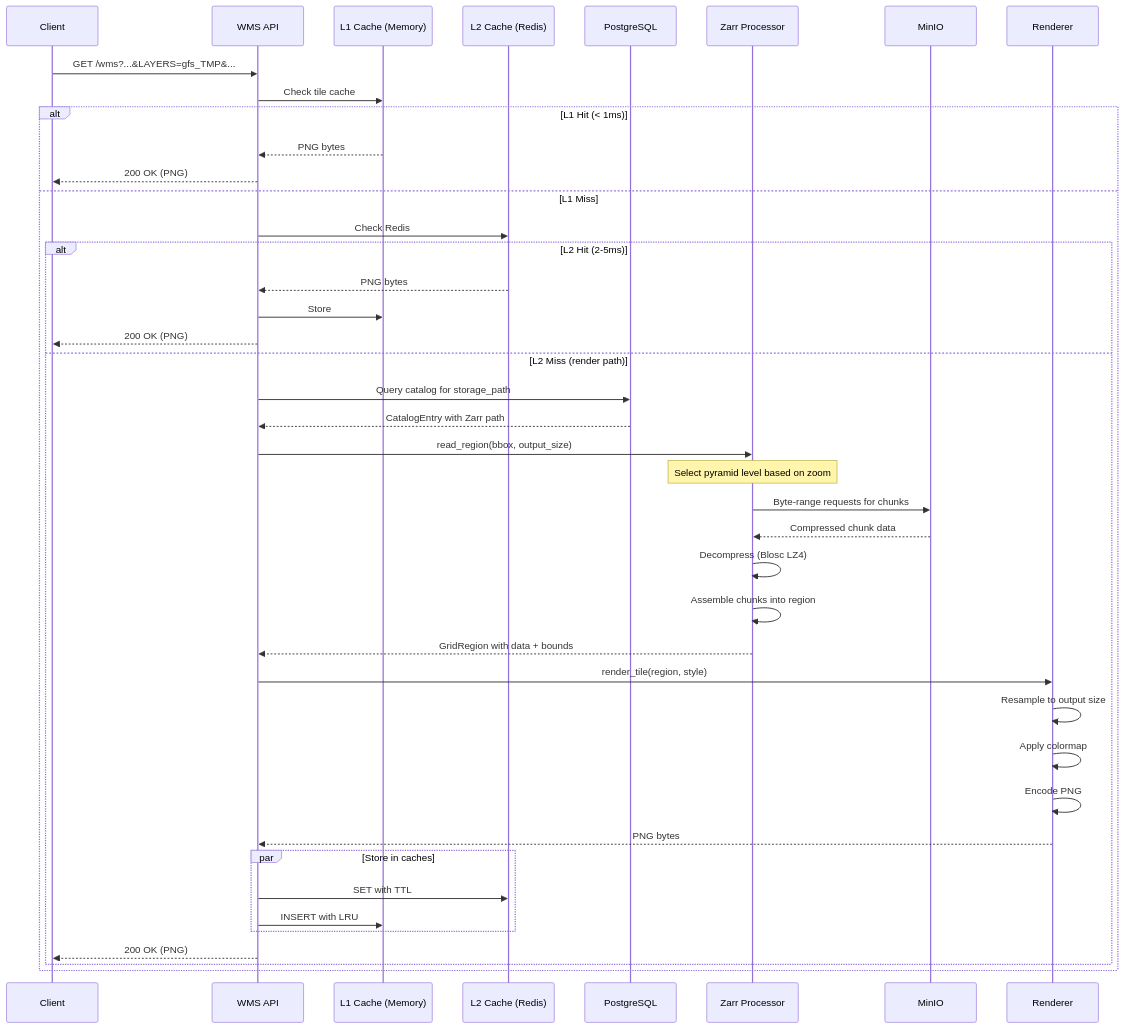
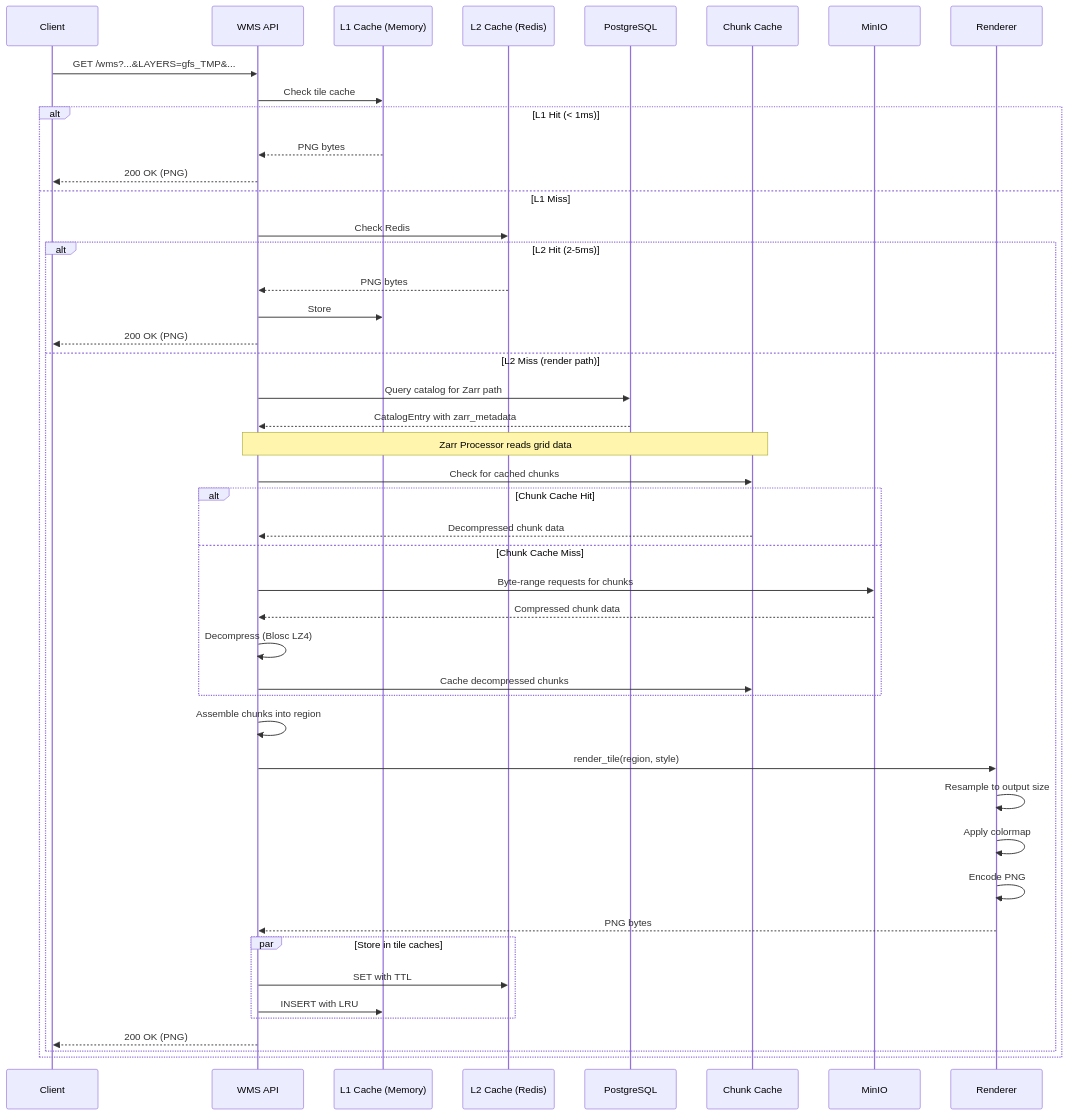
The second of 2 diagrams in docs/src/architecture/data-flow.md (JoegottabeGitenme/JoeGCServices), drawn with Mermaid before and after one commit. The commit also changed 4 other files, not shown here.

````diff
--- a/docs/src/architecture/data-flow.md
+++ b/docs/src/architecture/data-flow.md
@@ -276,50 +276,54 @@
 ```mermaid
 sequenceDiagram
     participant Client
     participant API as WMS API
     participant L1 as L1 Cache (Memory)
     participant L2 as L2 Cache (Redis)
     participant PG as PostgreSQL
-    participant Zarr as Zarr Processor
+    participant ChunkCache as Chunk Cache
     participant MinIO
     participant Renderer
     
     Client->>API: GET /wms?...&LAYERS=gfs_TMP&...
     
     API->>L1: Check tile cache
     alt L1 Hit (< 1ms)
         L1-->>API: PNG bytes
         API-->>Client: 200 OK (PNG)
     else L1 Miss
         API->>L2: Check Redis
         alt L2 Hit (2-5ms)
             L2-->>API: PNG bytes
             API->>L1: Store
             API-->>Client: 200 OK (PNG)
         else L2 Miss (render path)
-            API->>PG: Query catalog for storage_path
-            PG-->>API: CatalogEntry with Zarr path
+            API->>PG: Query catalog for Zarr path
+            PG-->>API: CatalogEntry with zarr_metadata
             
-            API->>Zarr: read_region(bbox, output_size)
-            Note over Zarr: Select pyramid level based on zoom
-            Zarr->>MinIO: Byte-range requests for chunks
-            MinIO-->>Zarr: Compressed chunk data
-            Zarr->>Zarr: Decompress (Blosc LZ4)
-            Zarr->>Zarr: Assemble chunks into region
-            Zarr-->>API: GridRegion with data + bounds
+            Note over API,ChunkCache: Zarr Processor reads grid data
+            API->>ChunkCache: Check for cached chunks
+            alt Chunk Cache Hit
+                ChunkCache-->>API: Decompressed chunk data
+            else Chunk Cache Miss
+                API->>MinIO: Byte-range requests for chunks
+                MinIO-->>API: Compressed chunk data
+                API->>API: Decompress (Blosc LZ4)
+                API->>ChunkCache: Cache decompressed chunks
+            end
             
+            API->>API: Assemble chunks into region
             API->>Renderer: render_tile(region, style)
             Renderer->>Renderer: Resample to output size
             Renderer->>Renderer: Apply colormap
             Renderer->>Renderer: Encode PNG
             Renderer-->>API: PNG bytes
             
-            par Store in caches
+            par Store in tile caches
                 API->>L2: SET with TTL
                 API->>L1: INSERT with LRU
             end
             
             API-->>Client: 200 OK (PNG)
         end
     end
 ```
````
